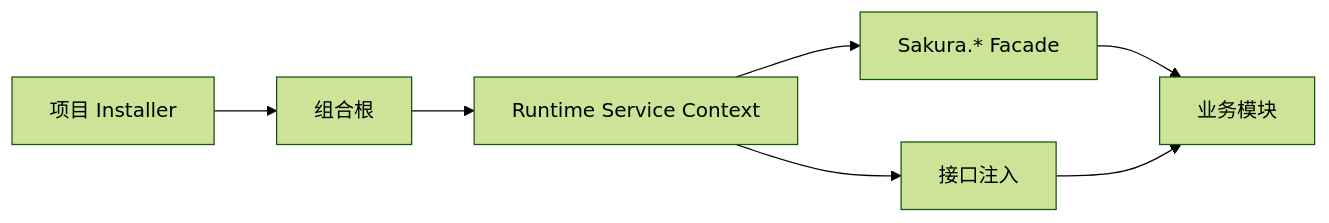
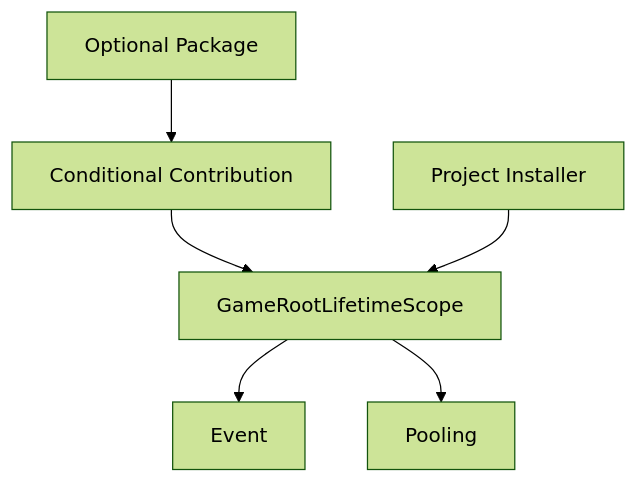
Before and after one commit to IrisSakura/irissakura.github.io: the diagram in content/blogs/facade-scope.md, drawn with Mermaid (forest theme). The commit also changed other lines of this file and 85 other files, not shown here.

````diff
--- a/content/blogs/facade-scope.md
+++ b/content/blogs/facade-scope.md
@@ -118,9 +50,8 @@
 ```mermaid
-flowchart LR
-    A["项目 Installer"] --> B["组合根"]
-    B --> C["Runtime Service Context"]
-    C --> D["Sakura.* Facade"]
-    C --> E["接口注入"]
-    D --> F["业务模块"]
-    E --> F
+flowchart TD
+    A["GameRootLifetimeScope"] --> B["Event"]
+    A --> C["Pooling"]
+    D["Optional Package"] --> E["Conditional Contribution"]
+    E --> A
+    F["Project Installer"] --> A
 ```
````
